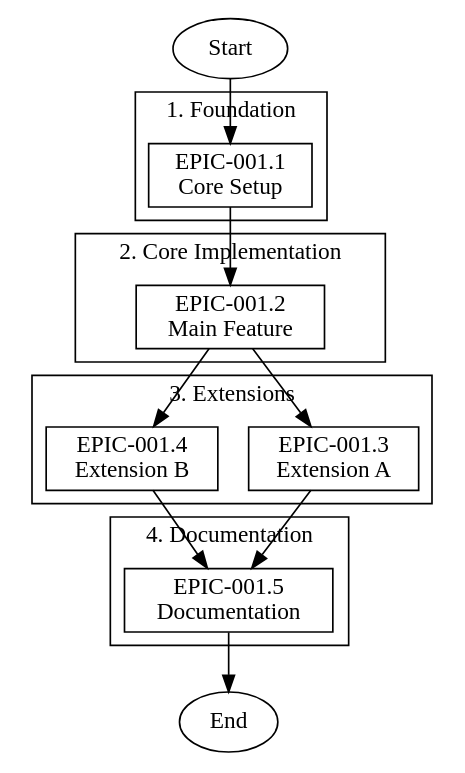
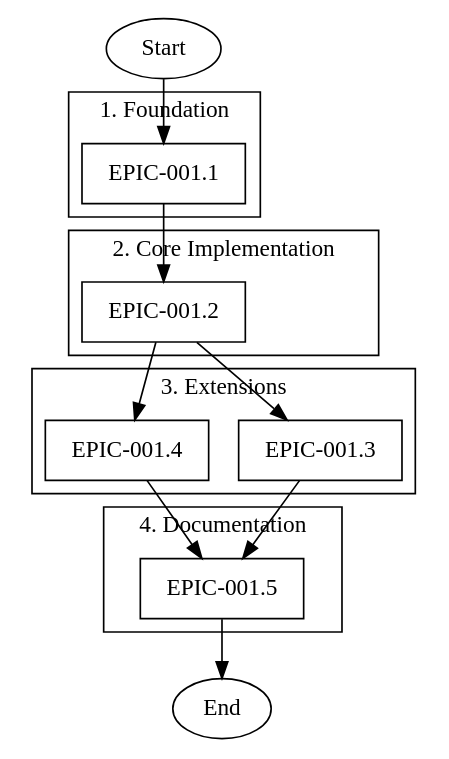
One commit to fabceolin/the_edge_agent changed diagram 14 of 15 in docs/llm-prompts/DOT_WORKFLOW_ORCHESTRATION_LLM_GUIDE.md. Above: the diagram before and after it, drawn with Graphviz. The commit also changed other lines of this file and 8 other files, not shown here.

````diff
--- a/docs/llm-prompts/DOT_WORKFLOW_ORCHESTRATION_LLM_GUIDE.md
+++ b/docs/llm-prompts/DOT_WORKFLOW_ORCHESTRATION_LLM_GUIDE.md
@@ -409,38 +544,38 @@
 ```dot
 digraph epic_implementation {
     rankdir=TB;
     node [shape=box];
 
     Start [label="Start", shape=ellipse];
     End [label="End", shape=ellipse];
 
     subgraph cluster_foundation {
         label="1. Foundation";
-        story_1_1 [label="EPIC-001.1\nCore Setup", command="tea-python run examples/workflows/bmad-story-development.yaml --input-timeout 54000 --input '{\"arg\": \"docs/stories/EPIC-001.1-core-setup.md\"}'"];
+        story_1_1 [label="EPIC-001.1", command="tea-python run /home/user/project/the_edge_agent/examples/workflows/bmad-story-development.yaml --input-timeout 54000 --input '{\"arg\": \"/home/user/project/the_edge_agent/docs/stories/EPIC-001.1-core-setup.md\"}'"];
     }
 
     subgraph cluster_core {
         label="2. Core Implementation";
-        story_1_2 [label="EPIC-001.2\nMain Feature", command="tea-python run examples/workflows/bmad-story-development.yaml --input-timeout 54000 --input '{\"arg\": \"docs/stories/EPIC-001.2-main-feature.md\"}'"];
+        story_1_2 [label="EPIC-001.2", command="tea-python run /home/user/project/the_edge_agent/examples/workflows/bmad-story-development.yaml --input-timeout 54000 --input '{\"arg\": \"/home/user/project/the_edge_agent/docs/stories/EPIC-001.2-main-feature.md\"}'"];
     }
 
     subgraph cluster_extensions {
         label="3. Extensions";
-        story_1_3 [label="EPIC-001.3\nExtension A", command="tea-python run examples/workflows/bmad-story-development.yaml --input-timeout 54000 --input '{\"arg\": \"docs/stories/EPIC-001.3-extension-a.md\"}'"];
-        story_1_4 [label="EPIC-001.4\nExtension B", command="tea-python run examples/workflows/bmad-story-development.yaml --input-timeout 54000 --input '{\"arg\": \"docs/stories/EPIC-001.4-extension-b.md\"}'"];
+        story_1_3 [label="EPIC-001.3", command="tea-python run /home/user/project/the_edge_agent/examples/workflows/bmad-story-development.yaml --input-timeout 54000 --input '{\"arg\": \"/home/user/project/the_edge_agent/docs/stories/EPIC-001.3-extension-a.md\"}'"];
+        story_1_4 [label="EPIC-001.4", command="tea-python run /home/user/project/the_edge_agent/examples/workflows/bmad-story-development.yaml --input-timeout 54000 --input '{\"arg\": \"/home/user/project/the_edge_agent/docs/stories/EPIC-001.4-extension-b.md\"}'"];
     }
 
     subgraph cluster_docs {
         label="4. Documentation";
-        story_1_5 [label="EPIC-001.5\nDocumentation", command="tea-python run examples/workflows/bmad-story-development.yaml --input-timeout 54000 --input '{\"arg\": \"docs/stories/EPIC-001.5-documentation.md\"}'"];
+        story_1_5 [label="EPIC-001.5", command="tea-python run /home/user/project/the_edge_agent/examples/workflows/bmad-story-development.yaml --input-timeout 54000 --input '{\"arg\": \"/home/user/project/the_edge_agent/docs/stories/EPIC-001.5-documentation.md\"}'"];
     }
 
     Start -> story_1_1;
     story_1_1 -> story_1_2;
     story_1_2 -> story_1_3;
     story_1_2 -> story_1_4;
     story_1_3 -> story_1_5;
     story_1_4 -> story_1_5;
     story_1_5 -> End;
 }
 ```
````
